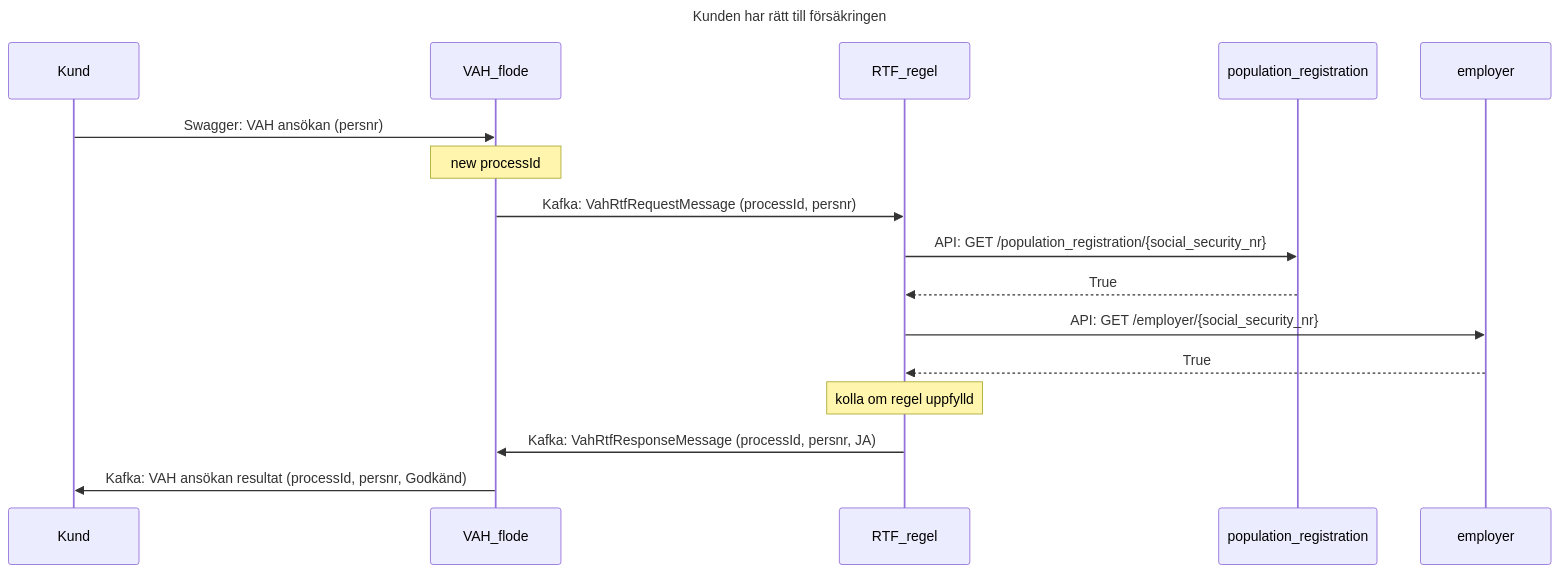
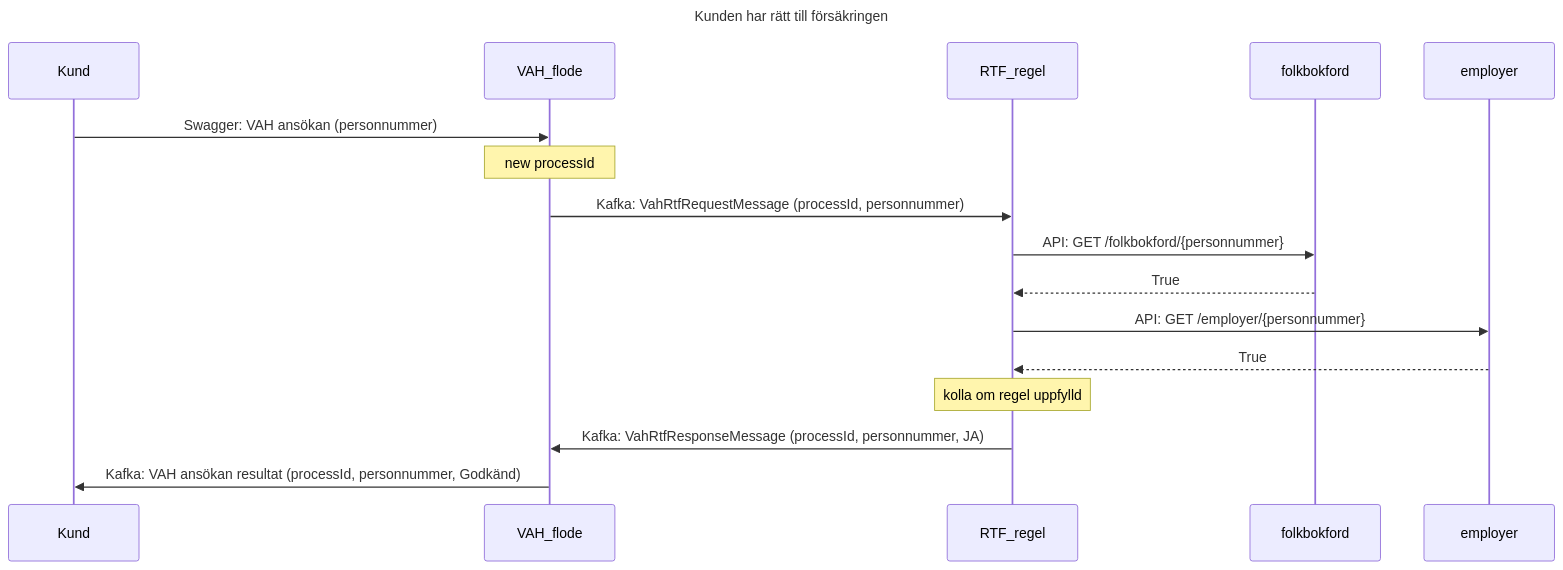
The diagram in sequences/ratt_till_forsakring_ok.mmd (Forsakringskassan/rimfrost), drawn with Mermaid before and after one commit. The commit also changed 1 other file, not shown here.

Commit message:
feature: Added status sequence and updated all sequences to better match APIs

```diff
--- a/sequences/ratt_till_forsakring_ok.mmd
+++ b/sequences/ratt_till_forsakring_ok.mmd
@@ -1,18 +1,18 @@
 sequenceDiagram
     title Kunden har rätt till försäkringen
     participant Kund
     participant VAH_flode
     participant RTF_regel
-    participant population_registration
+    participant folkbokford
     participant employer
 
-    Kund ->> VAH_flode: Swagger: VAH ansökan (persnr)
+    Kund ->> VAH_flode: Swagger: VAH ansökan (personnummer)
     note over VAH_flode: new processId
-    VAH_flode ->> RTF_regel: Kafka: VahRtfRequestMessage (processId, persnr)
-    RTF_regel ->> population_registration: API: GET /population_registration/{social_security_nr}
-    population_registration -->> RTF_regel: True
-    RTF_regel ->> employer: API:  GET /employer/{social_security_nr}
+    VAH_flode ->> RTF_regel: Kafka: VahRtfRequestMessage (processId, personnummer)
+    RTF_regel ->> folkbokford: API: GET /folkbokford/{personnummer}
+    folkbokford -->> RTF_regel: True
+    RTF_regel ->> employer: API:  GET /employer/{personnummer}
     employer -->> RTF_regel: True
     note over RTF_regel: kolla om regel uppfylld
-    RTF_regel ->> VAH_flode: Kafka: VahRtfResponseMessage (processId, persnr, JA)
-    VAH_flode ->> Kund: Kafka: VAH ansökan resultat (processId, persnr, Godkänd)
+    RTF_regel ->> VAH_flode: Kafka: VahRtfResponseMessage (processId, personnummer, JA)
+    VAH_flode ->> Kund: Kafka: VAH ansökan resultat (processId, personnummer, Godkänd)
```
